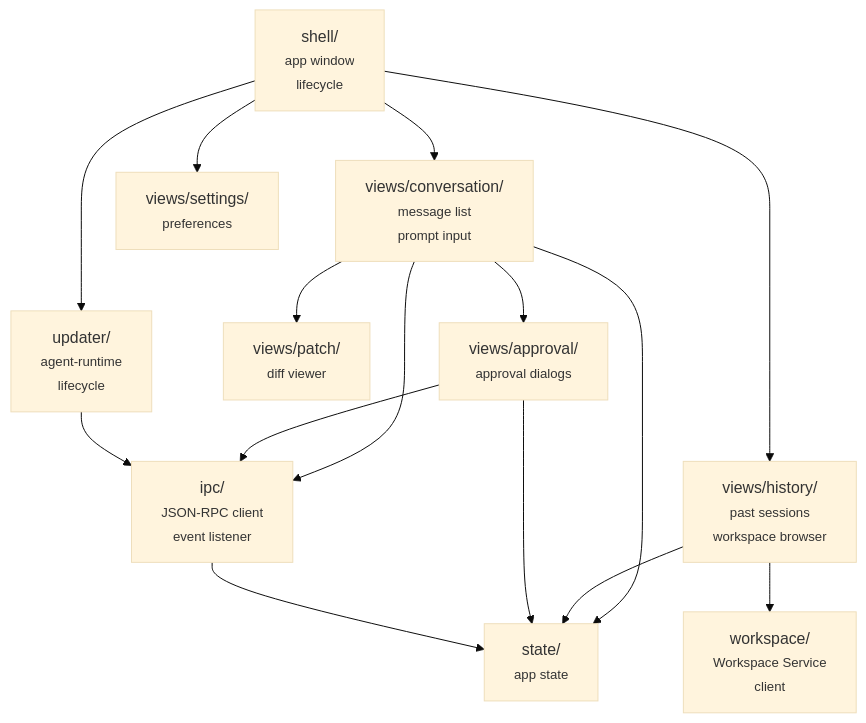
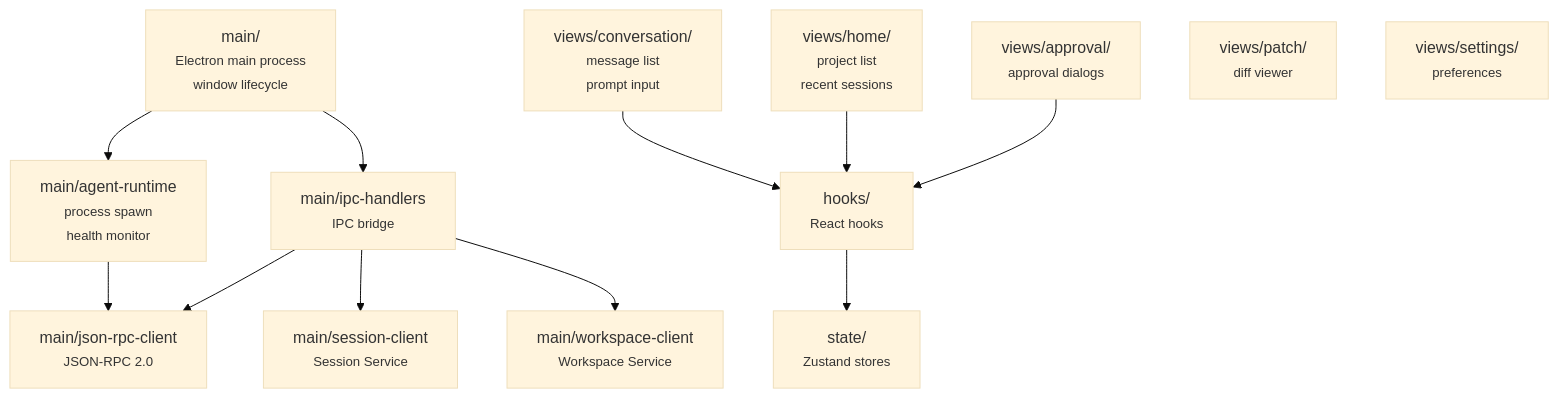
Before and after one commit to suman724/cowork-infra: the second of 5 diagrams in docs/components/desktop-app.md, drawn with Mermaid (base theme). The commit also changed other lines of this file and 10 other files, not shown here.

````diff
--- a/docs/components/desktop-app.md
+++ b/docs/components/desktop-app.md
@@ -91,28 +99,28 @@
 ```mermaid
 flowchart TD
-  shell["shell/<br/><small>app window<br/>lifecycle</small>"]
+  main["main/<br/><small>Electron main process<br/>window lifecycle</small>"]
+  agentRuntime["main/agent-runtime<br/><small>process spawn<br/>health monitor</small>"]
+  jsonRpc["main/json-rpc-client<br/><small>JSON-RPC 2.0</small>"]
+  sessionClient["main/session-client<br/><small>Session Service</small>"]
+  workspaceClient["main/workspace-client<br/><small>Workspace Service</small>"]
+  ipcHandlers["main/ipc-handlers<br/><small>IPC bridge</small>"]
+
   conversation["views/conversation/<br/><small>message list<br/>prompt input</small>"]
-  history["views/history/<br/><small>past sessions<br/>workspace browser</small>"]
+  home["views/home/<br/><small>project list<br/>recent sessions</small>"]
   approval["views/approval/<br/><small>approval dialogs</small>"]
   patch["views/patch/<br/><small>diff viewer</small>"]
   settings["views/settings/<br/><small>preferences</small>"]
-  ipc["ipc/<br/><small>JSON-RPC client<br/>event listener</small>"]
-  state["state/<br/><small>app state</small>"]
-  workspace["workspace/<br/><small>Workspace Service<br/>client</small>"]
-  updater["updater/<br/><small>agent-runtime<br/>lifecycle</small>"]
+  hooks["hooks/<br/><small>React hooks</small>"]
+  state["state/<br/><small>Zustand stores</small>"]
 
-  shell --> conversation
-  shell --> history
-  shell --> settings
-  shell --> updater
-  conversation --> ipc
-  conversation --> state
-  conversation --> approval
-  conversation --> patch
-  history --> workspace
-  history --> state
-  approval --> ipc
-  approval --> state
-  ipc --> state
-  updater --> ipc
+  main --> agentRuntime
+  main --> ipcHandlers
+  agentRuntime --> jsonRpc
+  ipcHandlers --> jsonRpc
+  ipcHandlers --> sessionClient
+  ipcHandlers --> workspaceClient
+  conversation --> hooks
+  home --> hooks
+  approval --> hooks
+  hooks --> state
 ```
````
